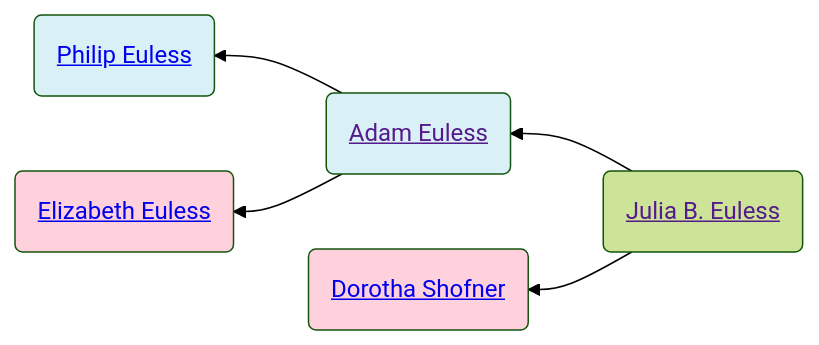
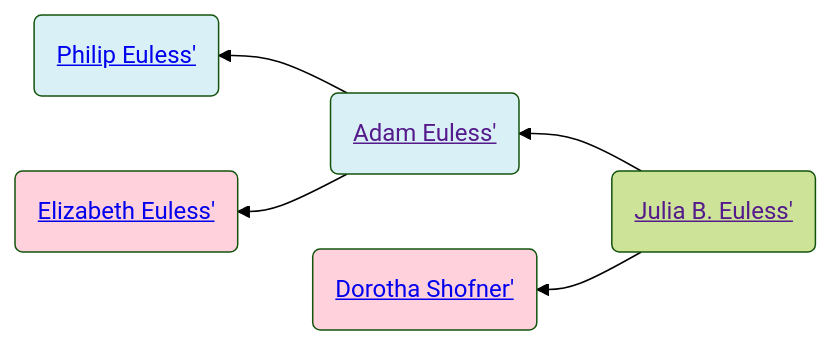
One commit to neelsmith/avocational changed the first of 2 diagrams in familyhistory/sources/people/Gattis-line/Euless-line/Julia_B._Euless.qmd. Above: the diagram before and after it, drawn with Mermaid (forest theme). The commit also changed other lines of this file and 102 other files, not shown here.

````diff
--- a/familyhistory/sources/people/Gattis-line/Euless-line/Julia_B._Euless.qmd
+++ b/familyhistory/sources/people/Gattis-line/Euless-line/Julia_B._Euless.qmd
@@ -26,16 +26,16 @@
 ```{mermaid}
 graph RL
 %% RL ancestor diagram
-Julia_B._Euless(<a href=''>Julia B. Euless</>) -->  Adam_Euless(<a href='./Adam_Euless.html'>Adam Euless</>)
-Adam_Euless(<a href=''>Adam Euless</>) -->  Philip_Euless(<a href='./Philip_Euless.html'>Philip Euless</>)
+Julia_B._Euless(<a href=''>Julia B. Euless'</>) -->  Adam_Euless(<a href='./Adam_Euless.html'>Adam Euless'</>)
+Adam_Euless(<a href=''>Adam Euless'</>) -->  Philip_Euless(<a href='./Philip_Euless.html'>Philip Euless'</>)
 class Philip_Euless father
-Adam_Euless(<a href=''>Adam Euless</>)  --> Elizabeth_Euless(<a href='./Elizabeth_Euless.html'>Elizabeth Euless</>)
+Adam_Euless(<a href=''>Adam Euless'</>)  --> Elizabeth_Euless(<a href='./Elizabeth_Euless.html'>Elizabeth Euless'</>)
 class Elizabeth_Euless mother
 class Adam_Euless father
-Julia_B._Euless(<a href=''>Julia B. Euless</>)  --> Dorotha_Shofner(<a href='./Dorotha_Shofner.html'>Dorotha Shofner</>)
+Julia_B._Euless(<a href=''>Julia B. Euless'</>)  --> Dorotha_Shofner(<a href='./Dorotha_Shofner.html'>Dorotha Shofner'</>)
 class Dorotha_Shofner mother
 classDef mother fill:#ffd1dc
 classDef father fill:#daf0f7  
 classDef marriage fill:#ffffff
 
 ```
````
